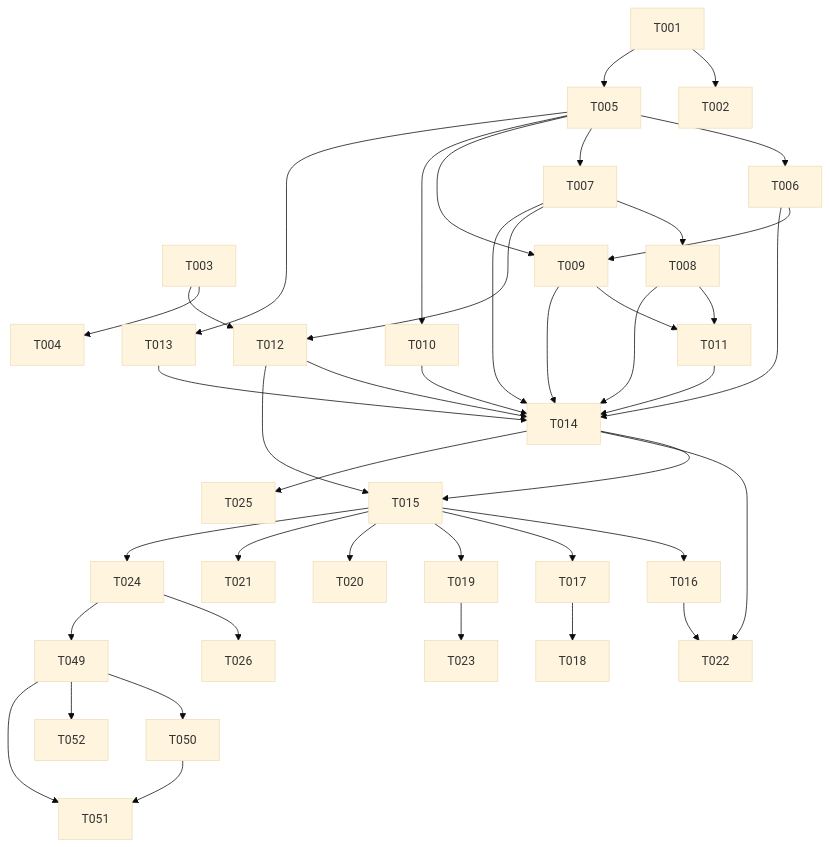
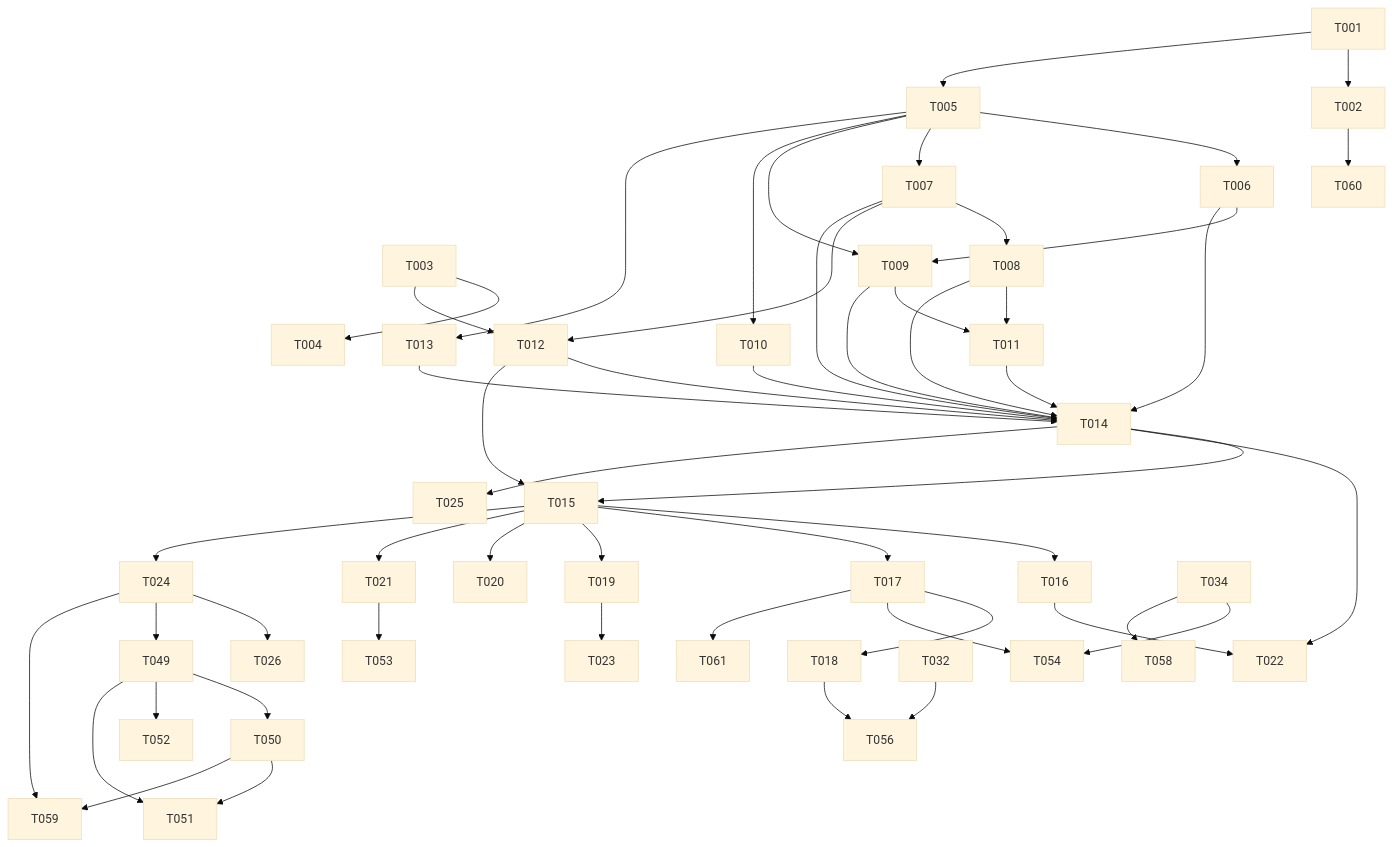
One commit to fuji18/kanji_gacha changed the diagram in docs/ticket/README.md. Above: the diagram before and after it, drawn with Mermaid (base theme). The commit also changed other lines of this file and 11 other files, not shown here.

````diff
--- a/docs/ticket/README.md
+++ b/docs/ticket/README.md
@@ -84,25 +95,32 @@
 ```mermaid
 graph TD
   T001 --> T002
   T001 --> T005
   T003 --> T004
   T005 --> T006 & T007 & T009 & T010 & T013
   T007 --> T008
   T008 --> T011
   T006 --> T009
   T009 --> T011
   T003 --> T012
   T007 --> T012
   T006 & T007 & T008 & T009 & T010 & T011 & T012 & T013 --> T014
   T012 & T014 --> T015
   T015 --> T016 & T017 & T019 & T020 & T021
   T017 --> T018
   T014 & T016 --> T022
   T019 --> T023
   T015 --> T024
   T024 --> T026
   T024 --> T049
   T049 --> T050 & T052
   T049 & T050 --> T051
   T014 --> T025
+  T021 --> T053
+  T017 & T034 --> T054
+  T018 & T032 --> T056
+  T034 --> T058
+  T024 & T050 --> T059
+  T002 --> T060
+  T017 --> T061
 ```
````
